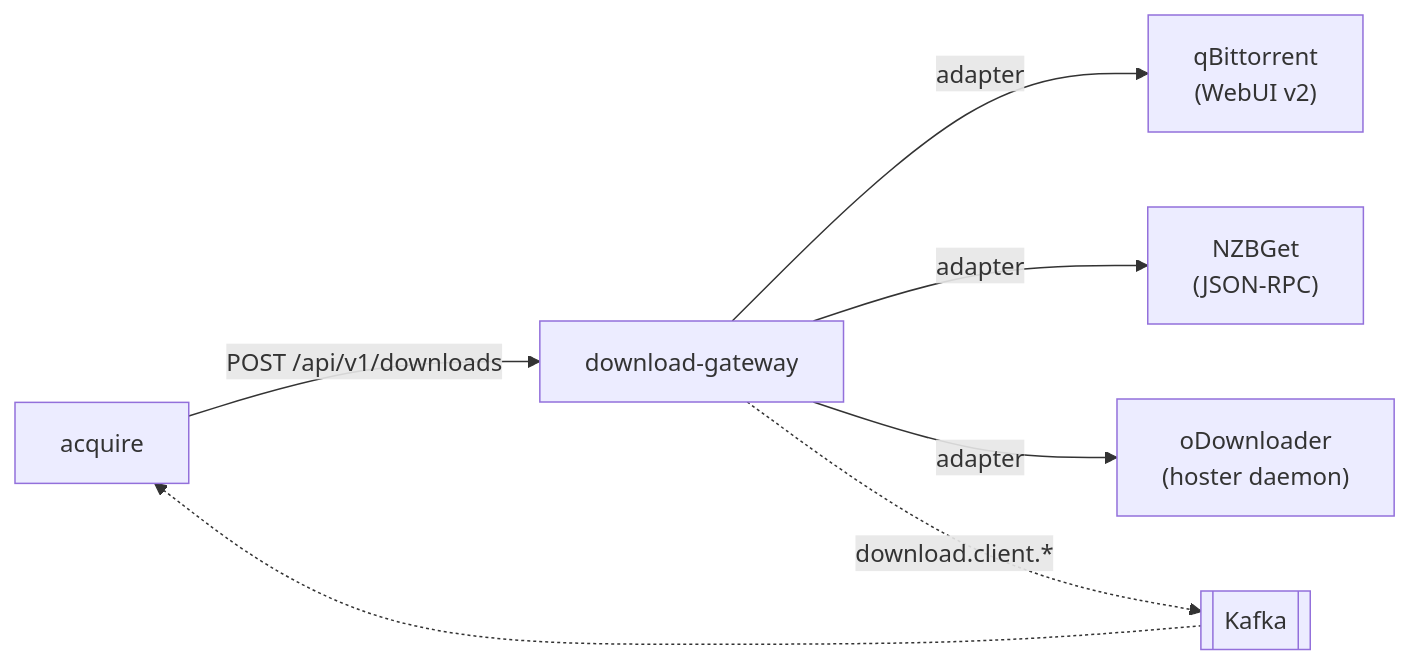
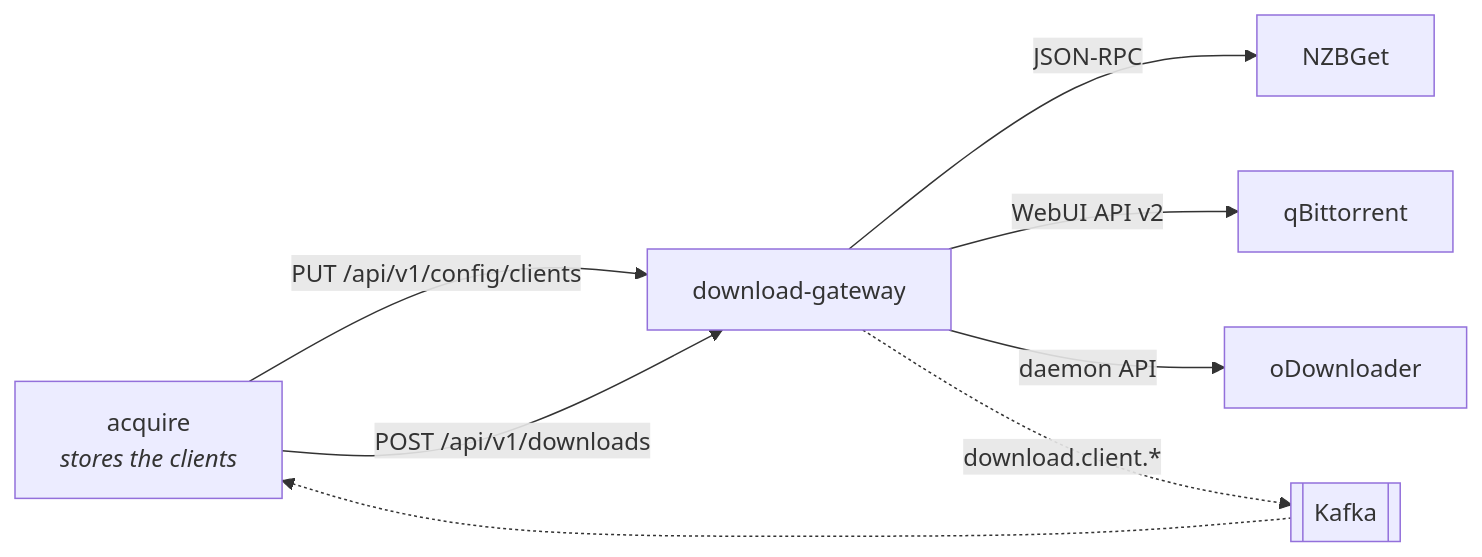
Before and after one commit to laedeli/acquire: the diagram in docs/download-gateway.md, drawn with Mermaid. The commit also changed other lines of this file and 7 other files, not shown here.

````diff
--- a/docs/download-gateway.md
+++ b/docs/download-gateway.md
@@ -8,9 +14,10 @@
 ```mermaid
 flowchart LR
-    A["acquire"] -->|"POST /api/v1/downloads"| G["download-gateway"]
-    G -->|"adapter"| QB["qBittorrent<br/>(WebUI v2)"]
-    G -->|"adapter"| NZ["NZBGet<br/>(JSON-RPC)"]
-    G -->|"adapter"| OD["oDownloader<br/>(hoster daemon)"]
+    A["acquire<br/><i>stores the clients</i>"] -->|"PUT /api/v1/config/clients"| G["download-gateway"]
+    A -->|"POST /api/v1/downloads"| G
+    G -->|"JSON-RPC"| NZ["NZBGet"]
+    G -->|"WebUI API v2"| QB["qBittorrent"]
+    G -->|"daemon API"| OD["oDownloader"]
     G -.->|"download.client.*"| BUS[["Kafka"]]
     BUS -.-> A
 ```
````
